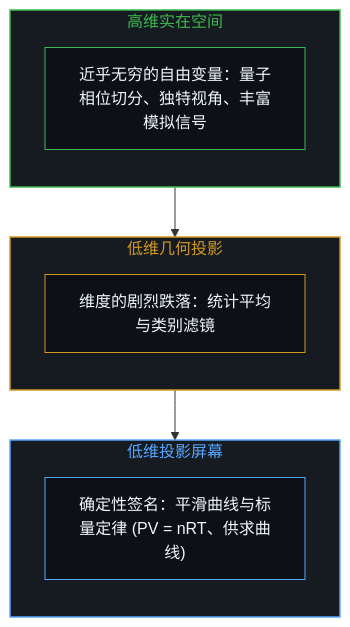
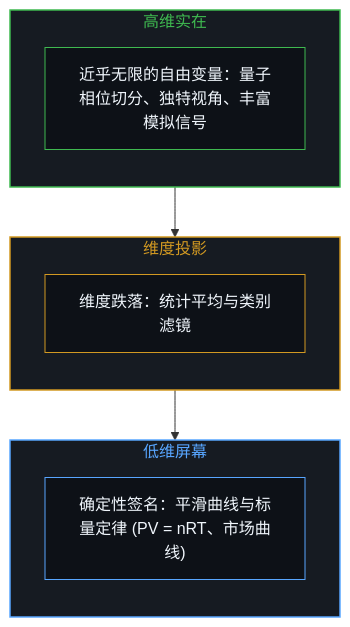
The third of 10 diagrams in content/posts/the-shadow-and-the-infinite.md (powerpig99/not-a-toe), drawn with Mermaid before and after one commit. The commit also changed other lines of this file and 5 other files, not shown here.

````diff
--- a/content/posts/the-shadow-and-the-infinite.md
+++ b/content/posts/the-shadow-and-the-infinite.md
@@ -81,27 +77,23 @@
 ```mermaid
 flowchart TD
-    subgraph HighDSpace["高维实在空间"]
+    subgraph HighDSpace["高维实在"]
         direction TB
-        MicroFluctuations["近乎无穷的自由变量：量子相位切分、独特视角、丰富模拟信号"]
+        MicroFluctuations["近乎无限的自由变量：量子相位切分、独特视角、丰富模拟信号"]
     end
-
-    subgraph ProjectionProcess["低维几何投影"]
+    subgraph ProjectionProcess["维度投影"]
         direction TB
-        Drop["维度的剧烈跌落：统计平均与类别滤镜"]
+        Drop["维度跌落：统计平均与类别滤镜"]
     end
-
-    subgraph LowDShadow["低维投影屏幕"]
+    subgraph LowDShadow["低维屏幕"]
         direction TB
-        DeterministicLine["确定性签名：平滑曲线与标量定律 (PV = nRT、供求曲线)"]
+        DeterministicLine["确定性签名：平滑曲线与标量定律 (PV = nRT、市场曲线)"]
     end
-
     MicroFluctuations --> Drop
     Drop --> DeterministicLine
-
     style HighDSpace fill:#161b22,stroke:#3fb950,stroke-width:1.5px,color:#3fb950
     style ProjectionProcess fill:#161b22,stroke:#d29922,stroke-width:1.5px,color:#d29922
     style LowDShadow fill:#161b22,stroke:#58a6ff,stroke-width:1.5px,color:#58a6ff
     style MicroFluctuations fill:#0d1117,stroke:#3fb950,stroke-width:1px,color:#f0f6fc
     style Drop fill:#0d1117,stroke:#d29922,stroke-width:1px,color:#f0f6fc
     style DeterministicLine fill:#0d1117,stroke:#58a6ff,stroke-width:1px,color:#f0f6fc
 ```
````
